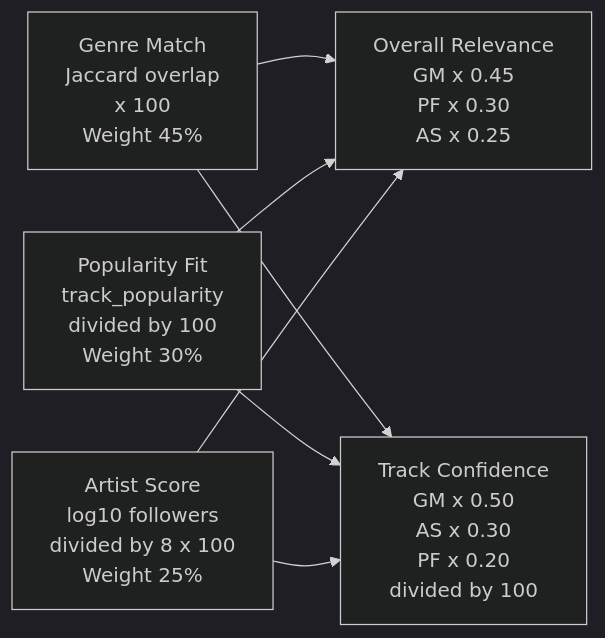
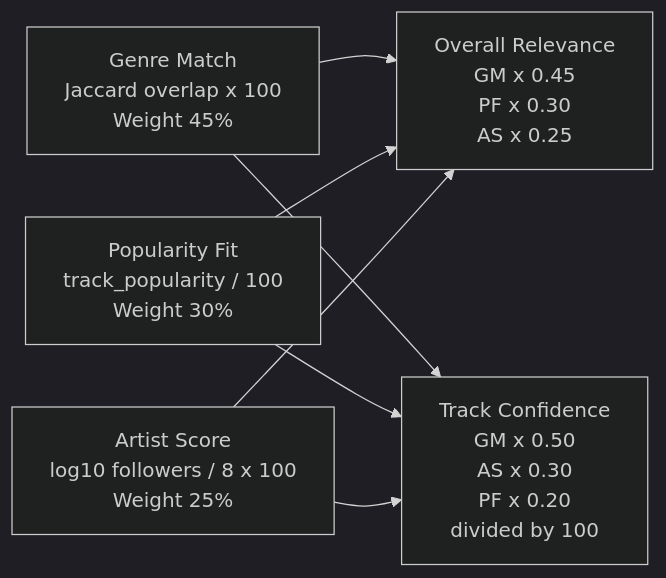
One commit to Ashutosh-177/ManTarang-AI-Powered-Music-Recommendation-System changed the fifth of 6 diagrams in README.md. Above: the diagram before and after it, drawn with Mermaid (dark theme). The commit also changed other lines of this file, not shown here.

````diff
--- a/README.md
+++ b/README.md
@@ -189,15 +178,15 @@
 ```mermaid
 graph LR
-    GM["Genre Match\nJaccard overlap\nx 100\nWeight 45%"]
-    PF["Popularity Fit\ntrack_popularity\ndivided by 100\nWeight 30%"]
-    AS["Artist Score\nlog10 followers\ndivided by 8 x 100\nWeight 25%"]
+    GM["Genre Match\nJaccard overlap x 100\nWeight 45%"]
+    PF["Popularity Fit\ntrack_popularity / 100\nWeight 30%"]
+    AS["Artist Score\nlog10 followers / 8 x 100\nWeight 25%"]
     RV["Overall Relevance\nGM x 0.45\nPF x 0.30\nAS x 0.25"]
     CF["Track Confidence\nGM x 0.50\nAS x 0.30\nPF x 0.20\ndivided by 100"]
 
     GM --> RV
     PF --> RV
     AS --> RV
     GM --> CF
     PF --> CF
     AS --> CF
 ```
````
